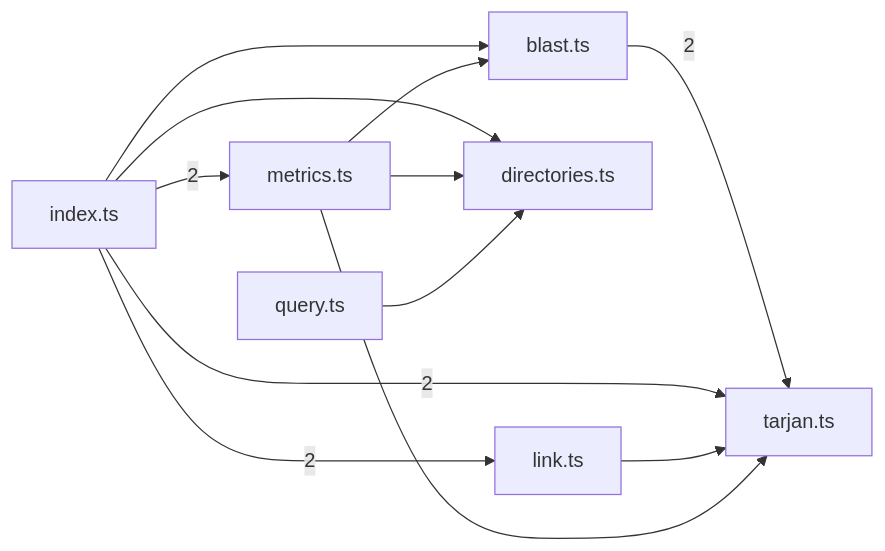
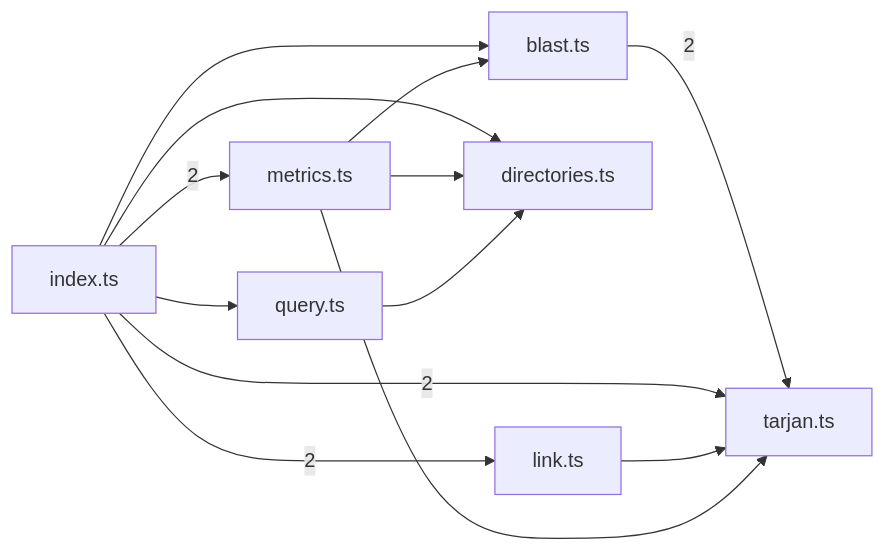
The fourth of 8 diagrams in .greplost/packages/greplost__core/MAP.md (sns45/greplost), drawn with Mermaid before and after one commit. The commit also changed other lines of this file and 5 other files, not shown here.

````diff
--- a/.greplost/packages/greplost__core/MAP.md
+++ b/.greplost/packages/greplost__core/MAP.md
@@ -291,21 +292,22 @@
 ```mermaid
 graph LR
   packages_core_src_graph_blast_ts["blast.ts"]
   packages_core_src_graph_directories_ts["directories.ts"]
   packages_core_src_graph_index_ts["index.ts"]
   packages_core_src_graph_link_ts["link.ts"]
   packages_core_src_graph_metrics_ts["metrics.ts"]
   packages_core_src_graph_query_ts["query.ts"]
   packages_core_src_graph_tarjan_ts["tarjan.ts"]
   packages_core_src_graph_blast_ts -->|2| packages_core_src_graph_tarjan_ts
   packages_core_src_graph_index_ts --> packages_core_src_graph_blast_ts
   packages_core_src_graph_index_ts --> packages_core_src_graph_directories_ts
   packages_core_src_graph_index_ts -->|2| packages_core_src_graph_link_ts
   packages_core_src_graph_index_ts -->|2| packages_core_src_graph_metrics_ts
+  packages_core_src_graph_index_ts --> packages_core_src_graph_query_ts
   packages_core_src_graph_index_ts -->|2| packages_core_src_graph_tarjan_ts
   packages_core_src_graph_link_ts --> packages_core_src_graph_tarjan_ts
   packages_core_src_graph_metrics_ts --> packages_core_src_graph_blast_ts
   packages_core_src_graph_metrics_ts --> packages_core_src_graph_directories_ts
   packages_core_src_graph_metrics_ts --> packages_core_src_graph_tarjan_ts
   packages_core_src_graph_query_ts --> packages_core_src_graph_directories_ts
 ```
````
